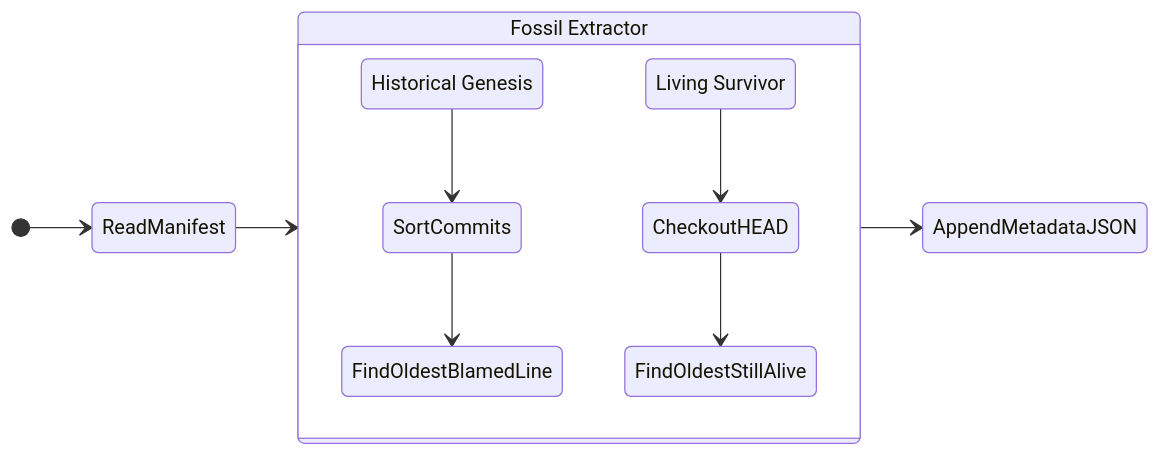
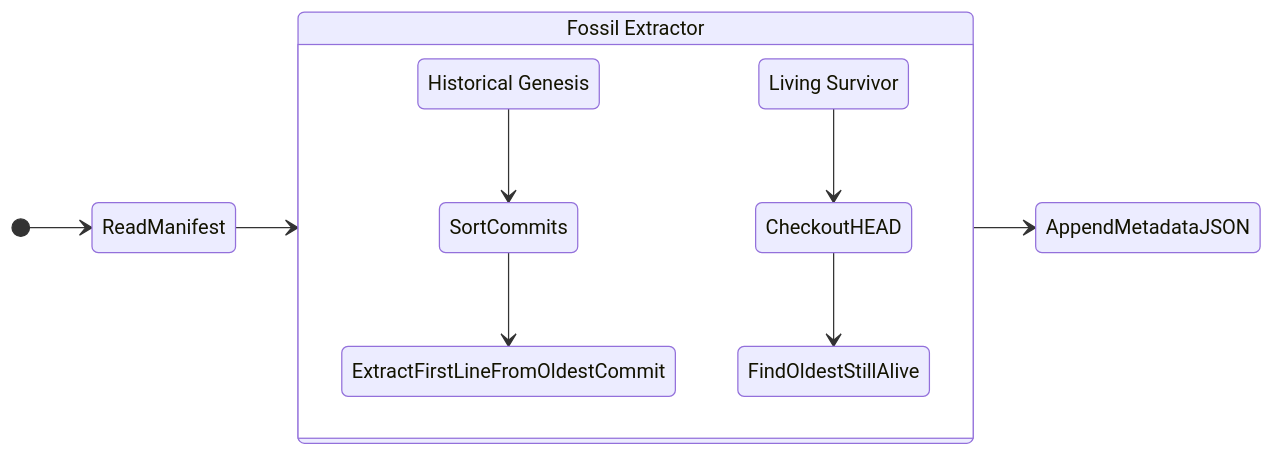
One commit to Asifdotexe/Theseus changed the second of 3 diagrams in docs/ARCHITECTURE.md. Above: the diagram before and after it, drawn with Mermaid. The commit also changed other lines of this file and 2 other files, not shown here.

````diff
--- a/docs/ARCHITECTURE.md
+++ b/docs/ARCHITECTURE.md
@@ -41,19 +41,19 @@
 ```mermaid
 stateDiagram-v2
     direction LR
     [*] --> ReadManifest
     
     state "Fossil Extractor" as extractor {
         GenesisFossil: Historical Genesis
         SurvivorFossil: Living Survivor
         
         GenesisFossil --> SortCommits
-        SortCommits --> FindOldestBlamedLine
+        SortCommits --> ExtractFirstLineFromOldestCommit
         
         SurvivorFossil --> CheckoutHEAD
         CheckoutHEAD --> FindOldestStillAlive
     }
     
     ReadManifest --> extractor
     extractor --> AppendMetadataJSON
 ```
````
